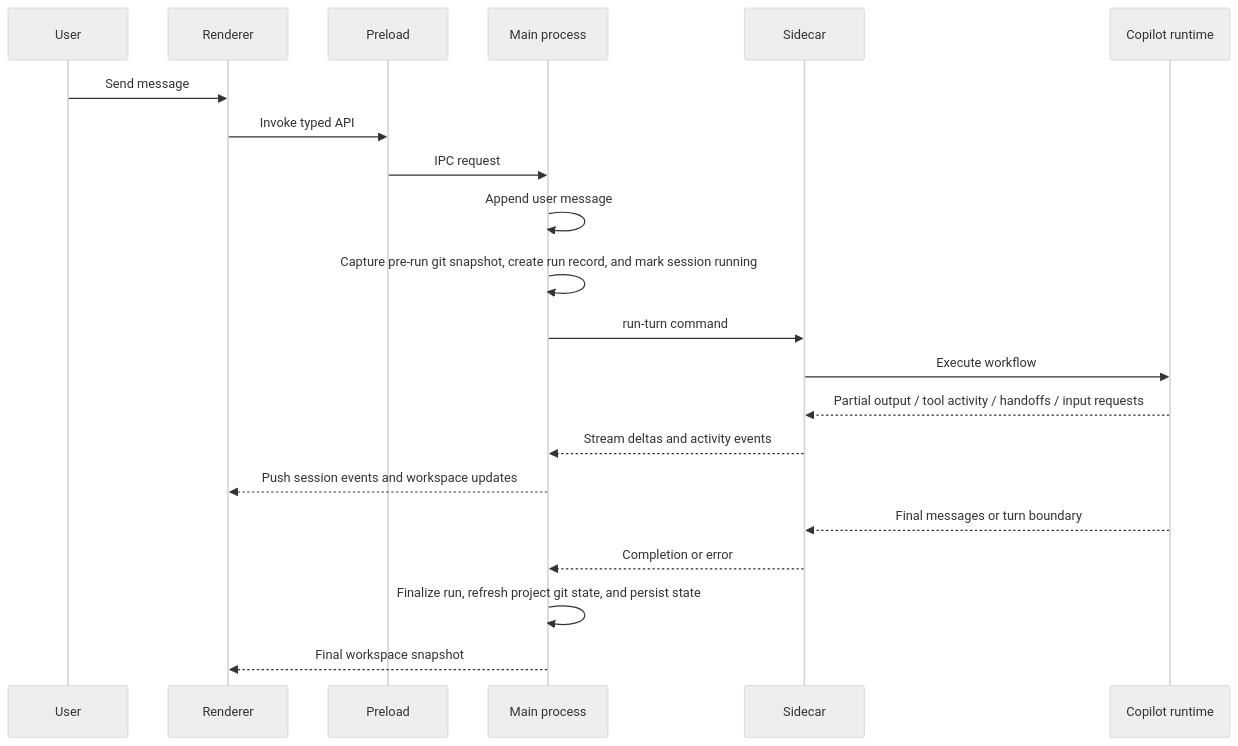
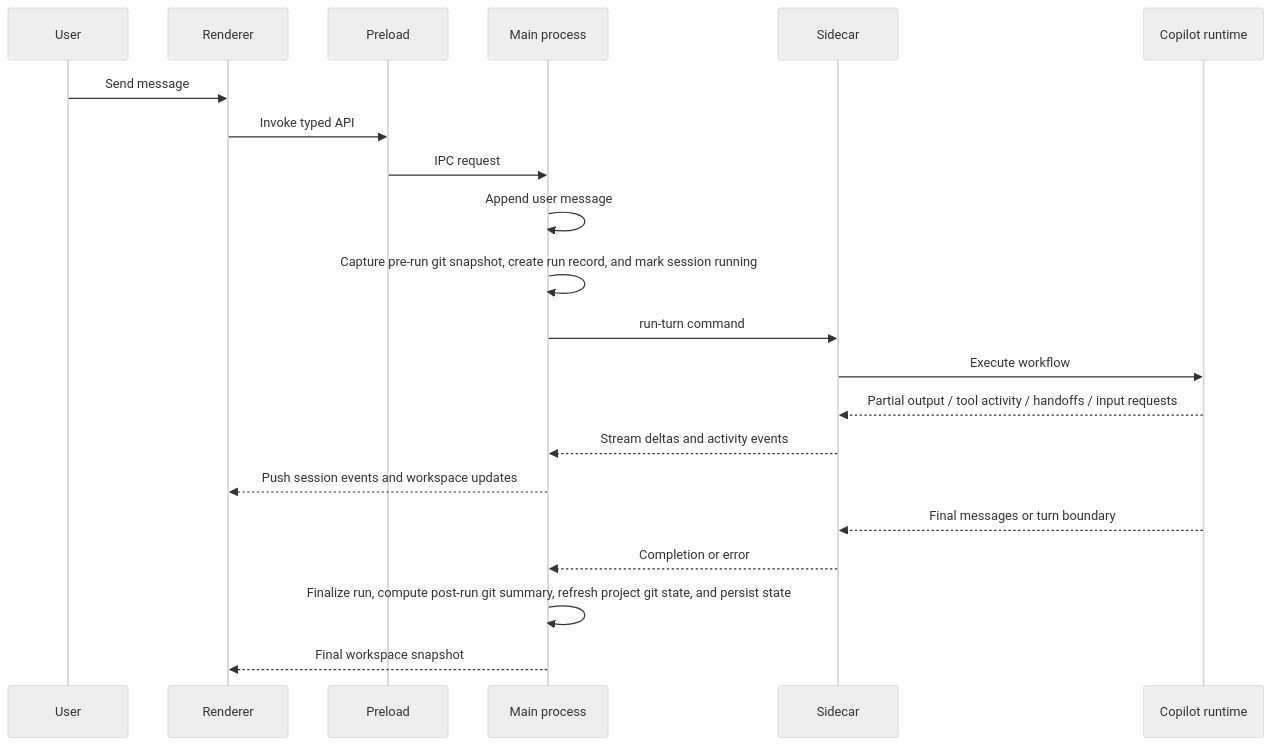
One commit to davidkaya/aryx changed the second of 2 diagrams in ARCHITECTURE.md. Above: the diagram before and after it, drawn with Mermaid (neutral theme). The commit also changed other lines of this file and 15 other files, not shown here.

````diff
--- a/ARCHITECTURE.md
+++ b/ARCHITECTURE.md
@@ -79,24 +79,24 @@
 ```mermaid
 sequenceDiagram
     participant U as User
     participant R as Renderer
     participant P as Preload
     participant M as Main process
     participant S as Sidecar
     participant C as Copilot runtime
 
     U->>R: Send message
     R->>P: Invoke typed API
     P->>M: IPC request
     M->>M: Append user message
     M->>M: Capture pre-run git snapshot, create run record, and mark session running
     M->>S: run-turn command
     S->>C: Execute workflow
     C-->>S: Partial output / tool activity / handoffs / input requests
     S-->>M: Stream deltas and activity events
     M-->>R: Push session events and workspace updates
     C-->>S: Final messages or turn boundary
     S-->>M: Completion or error
-    M->>M: Finalize run, refresh project git state, and persist state
+    M->>M: Finalize run, compute post-run git summary, refresh project git state, and persist state
     M-->>R: Final workspace snapshot
 ```
````
